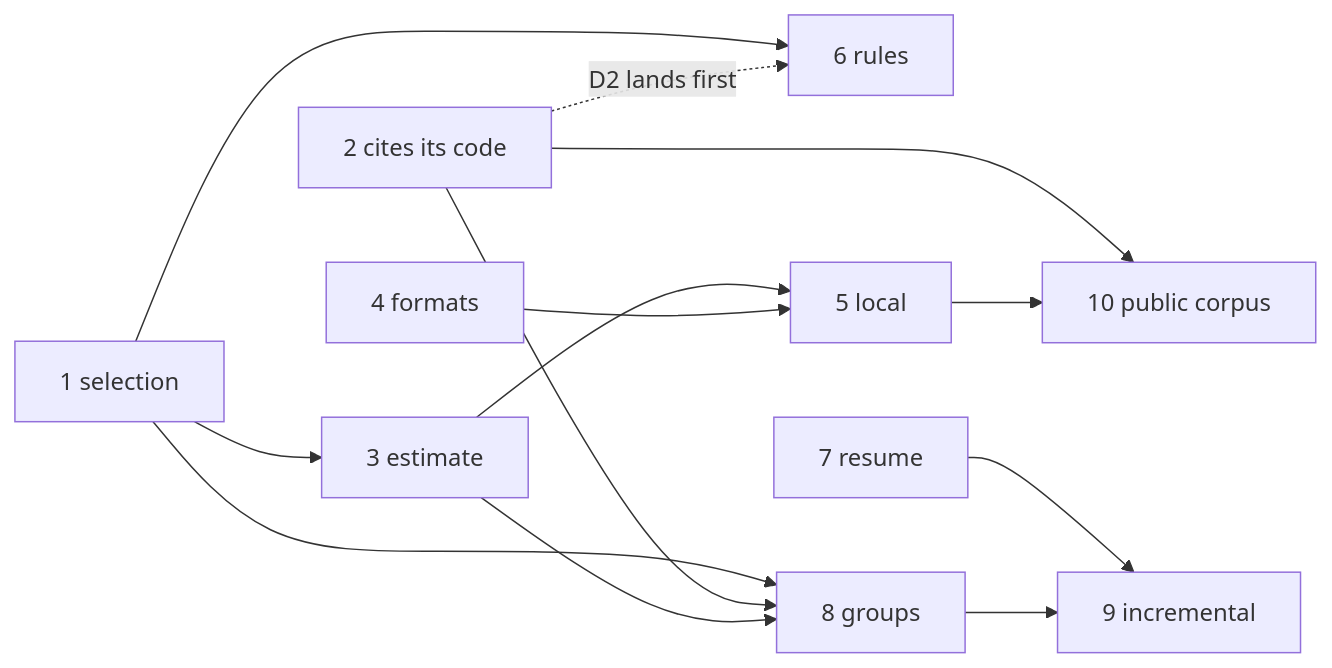
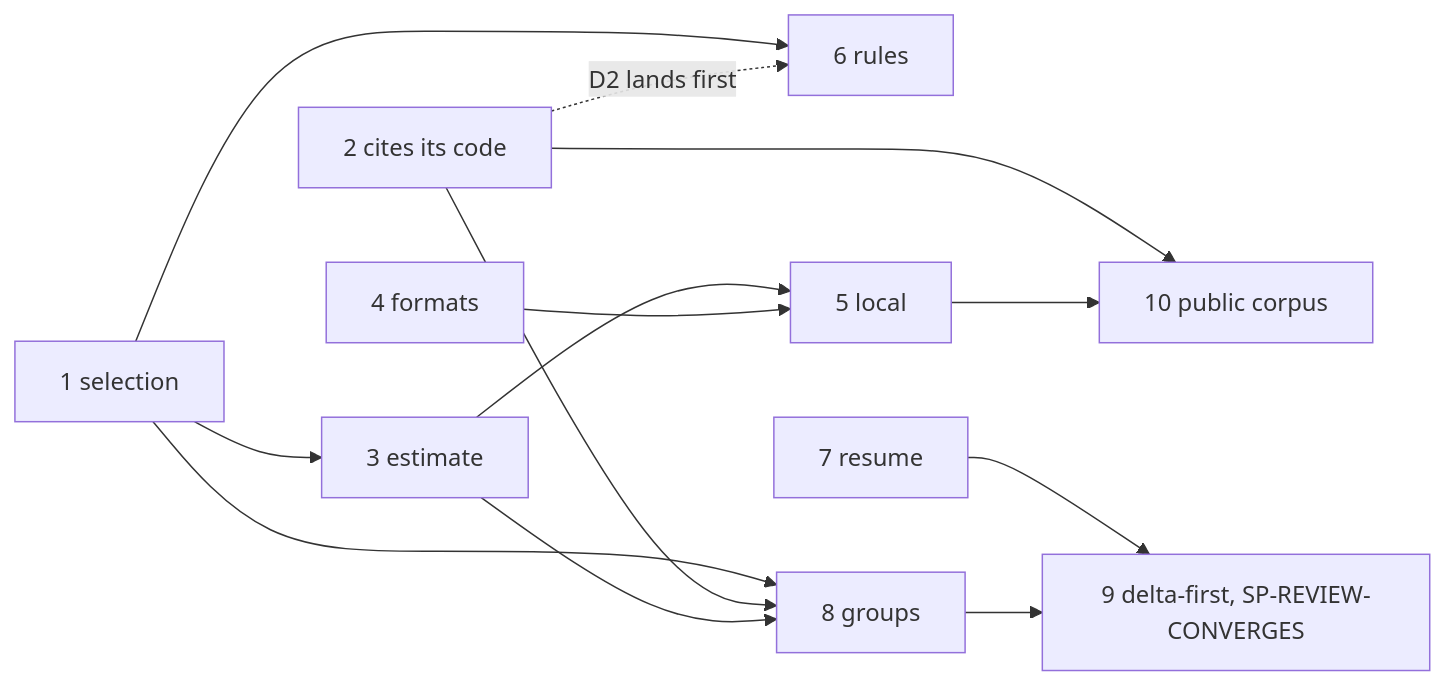
One commit to repoachhq/repoach changed the diagram in docs/specs/2026-11-12_SP-OCR-GAP-PROGRAMME_what-repoach-takes-from-open-code-review.md. Above: the diagram before and after it, drawn with Mermaid. The commit also changed other lines of this file and 3 other files, not shown here.

First line of the commit message:
docs(specs): fold incremental-head into delta-first

````diff
--- a/docs/specs/2026-11-12_SP-OCR-GAP-PROGRAMME_what-repoach-takes-from-open-code-review.md
+++ b/docs/specs/2026-11-12_SP-OCR-GAP-PROGRAMME_what-repoach-takes-from-open-code-review.md
@@ -119,15 +119,15 @@
 ```mermaid
 flowchart LR
     S1[1 selection] --> S3[3 estimate]
     S1 --> S6[6 rules]
     S1 --> S8[8 groups]
     S2[2 cites its code] --> S8
     S2 --> S10[10 public corpus]
     S2 -. D2 lands first .-> S6
     S3 --> S5[5 local]
     S3 --> S8
     S4[4 formats] --> S5
     S5 --> S10
-    S7[7 resume] --> S9[9 incremental]
+    S7[7 resume] --> S9[9 delta-first, SP-REVIEW-CONVERGES]
     S8 --> S9
 ```
````
